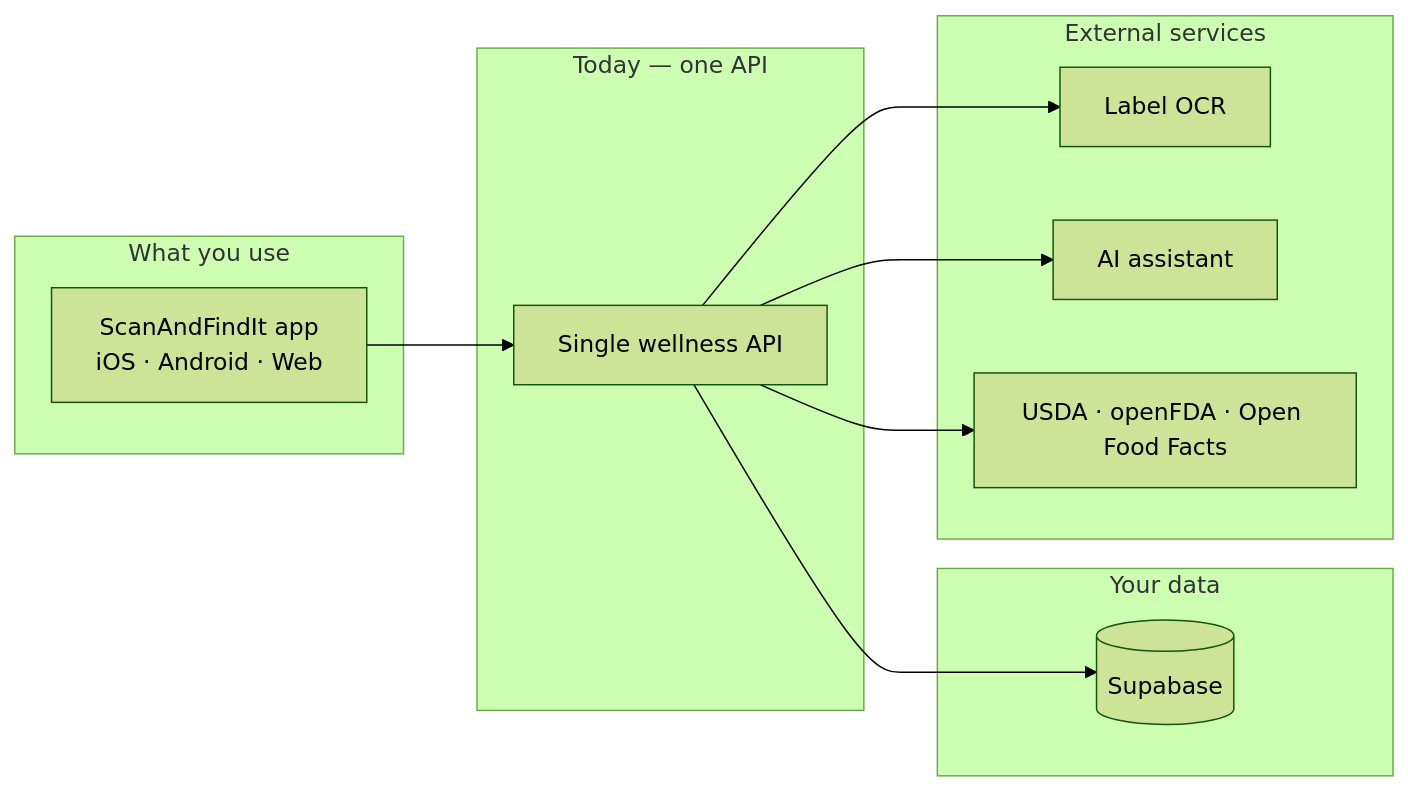
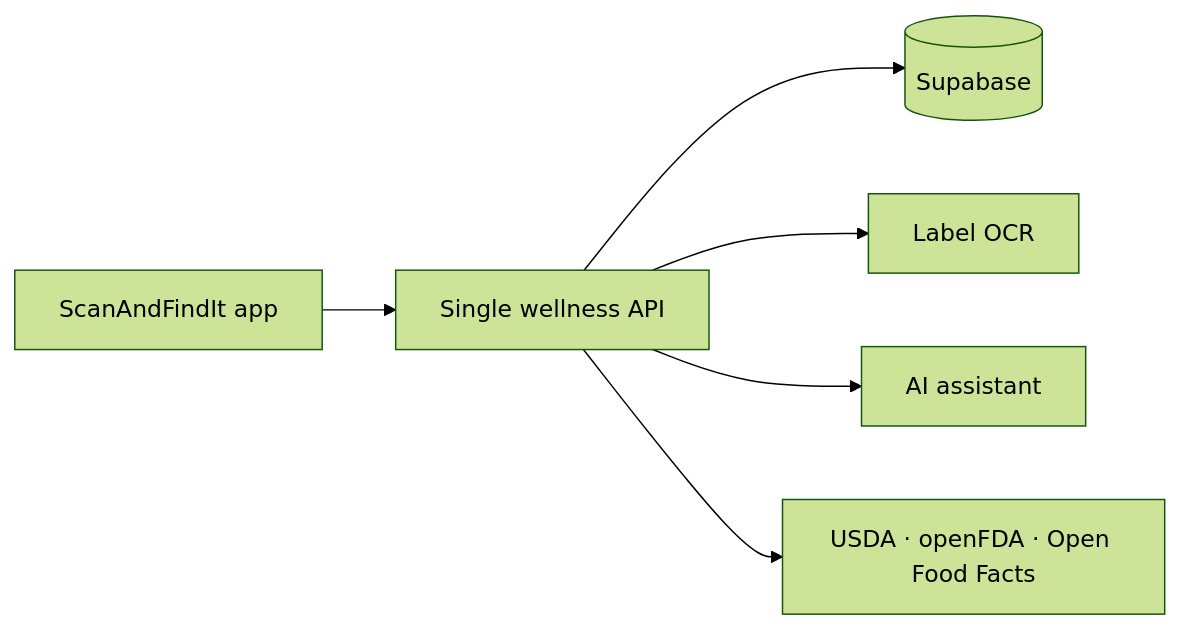
The third of 4 diagrams in APPENDIX.md (wewesemsem/scanandfind-lab), drawn with Mermaid (forest theme) before and after one commit. The commit also changed other lines of this file and 3 other files, not shown here.

````diff
--- a/APPENDIX.md
+++ b/APPENDIX.md
@@ -600,26 +410,8 @@
 ```mermaid
 flowchart LR
-  subgraph you [What you use]
-    App[ScanAndFindIt app<br/>iOS · Android · Web]
-  end
-
-  subgraph today [Today — one API]
-    API[Single wellness API]
-  end
-
-  subgraph data [Your data]
-    SB[(Supabase)]
-  end
-
-  subgraph vendors [External services]
-    Vision[Label OCR]
-    LLM[AI assistant]
-    Public[USDA · openFDA · Open Food Facts]
-  end
-
-  App --> API
-  API --> SB
-  API --> Vision
-  API --> LLM
-  API --> Public
+  App[ScanAndFindIt app] --> API[Single wellness API]
+  API --> SB[(Supabase)]
+  API --> Vision[Label OCR]
+  API --> LLM[AI assistant]
+  API --> Public[USDA · openFDA · Open Food Facts]
 ```
````
